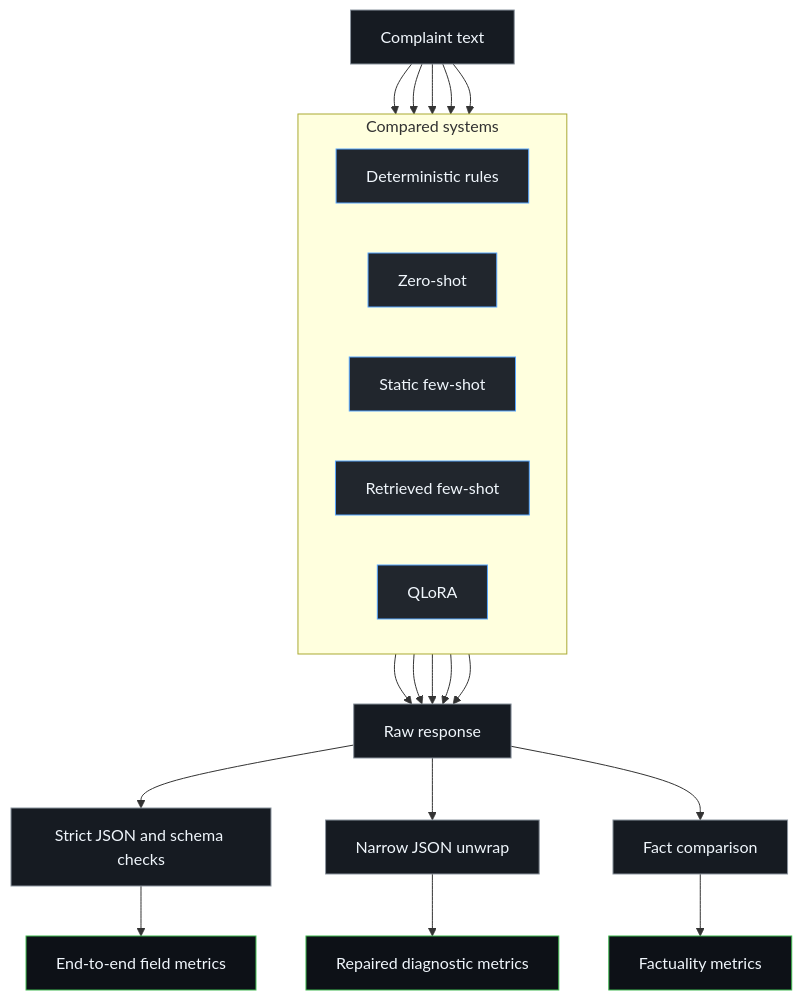
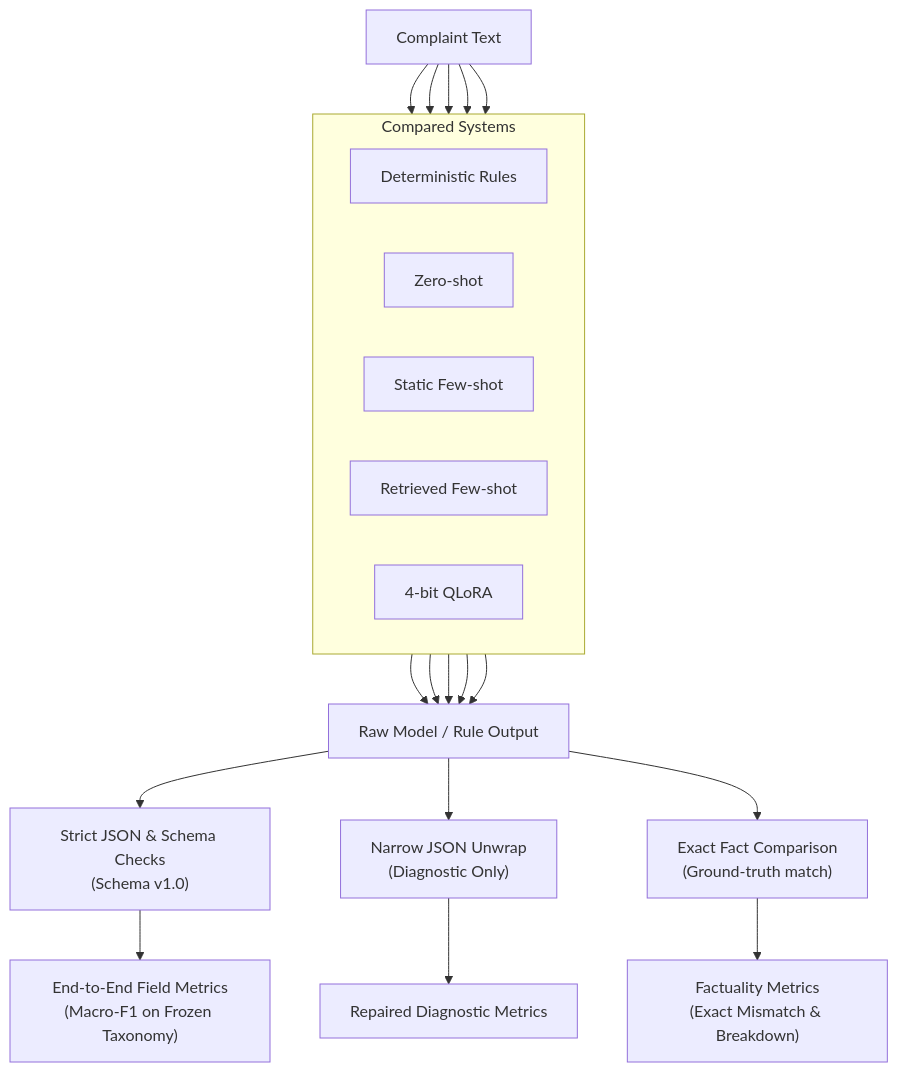
The first of 2 diagrams in README.md (goyashek/civic-grievance-structurer), drawn with Mermaid before and after one commit. The commit also changed other lines of this file, not shown here.

````diff
--- a/README.md
+++ b/README.md
@@ -69,40 +76,33 @@
 ```mermaid
 flowchart TB
-    complaint["Complaint text"]
+    complaint["Complaint Text"]
 
-    subgraph systems["Compared systems"]
+    subgraph systems["Compared Systems"]
         direction LR
-        rules["Deterministic rules"]
+        rules["Deterministic Rules"]
         zero["Zero-shot"]
-        static["Static few-shot"]
-        retrieved["Retrieved few-shot"]
-        qlora["QLoRA"]
+        static["Static Few-shot"]
+        retrieved["Retrieved Few-shot"]
+        qlora["4-bit QLoRA"]
     end
 
     complaint --> rules
     complaint --> zero
     complaint --> static
     complaint --> retrieved
     complaint --> qlora
 
-    rules --> raw["Raw response"]
+    rules --> raw["Raw Model / Rule Output"]
     zero --> raw
     static --> raw
     retrieved --> raw
     qlora --> raw
 
-    raw --> strict["Strict JSON and schema checks"]
-    raw --> repaired["Narrow JSON unwrap"]
-    raw --> facts["Fact comparison"]
+    raw --> strict["Strict JSON & Schema Checks\n(Schema v1.0)"]
+    raw --> repaired["Narrow JSON Unwrap\n(Diagnostic Only)"]
+    raw --> facts["Exact Fact Comparison\n(Ground-truth match)"]
 
-    strict --> metrics["End-to-end field metrics"]
-    repaired --> diagnostic["Repaired diagnostic metrics"]
-    facts --> factuality["Factuality metrics"]
-
-    classDef system fill:#21262d,stroke:#58a6ff,color:#f0f6fc
-    classDef process fill:#161b22,stroke:#8b949e,color:#f0f6fc
-    classDef result fill:#0d1117,stroke:#3fb950,color:#f0f6fc
-    class rules,zero,static,retrieved,qlora system
-    class complaint,raw,strict,repaired,facts process
-    class metrics,diagnostic,factuality result
+    strict --> metrics["End-to-End Field Metrics\n(Macro-F1 on Frozen Taxonomy)"]
+    repaired --> diagnostic["Repaired Diagnostic Metrics"]
+    facts --> factuality["Factuality Metrics\n(Exact Mismatch & Breakdown)"]
 ```
````
